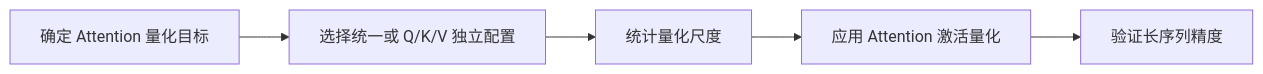
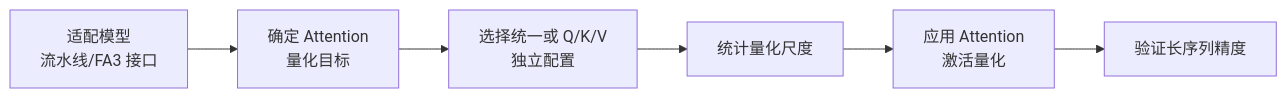
The diagram in msmodelslim/docs/zh/knowledge_base/quantization_algorithms/fa3_quant/usage_fa3_quant.md (mindstudio-docs/master), drawn with Mermaid before and after one commit. The commit also changed other lines of this file and 235 other files, not shown here.

````diff
--- a/msmodelslim/docs/zh/knowledge_base/quantization_algorithms/fa3_quant/usage_fa3_quant.md
+++ b/msmodelslim/docs/zh/knowledge_base/quantization_algorithms/fa3_quant/usage_fa3_quant.md
@@ -24,7 +19,8 @@
 ```mermaid
 flowchart LR
-    A[确定 Attention 量化目标] --> B[选择统一或 Q/K/V 独立配置]
-    B[选择统一或 Q/K/V 独立配置] --> C[统计量化尺度]
-    C[统计量化尺度] --> D[应用 Attention 激活量化]
-    D[应用 Attention 激活量化] --> E[验证长序列精度]
+    A[适配模型<br/>流水线/FA3 接口] --> B[确定 Attention<br/>量化目标]
+    B --> C[选择统一或 Q/K/V<br/>独立配置]
+    C --> D[统计量化尺度]
+    D --> E[应用 Attention<br/>激活量化]
+    E --> F[验证长序列精度]
 ```
````
